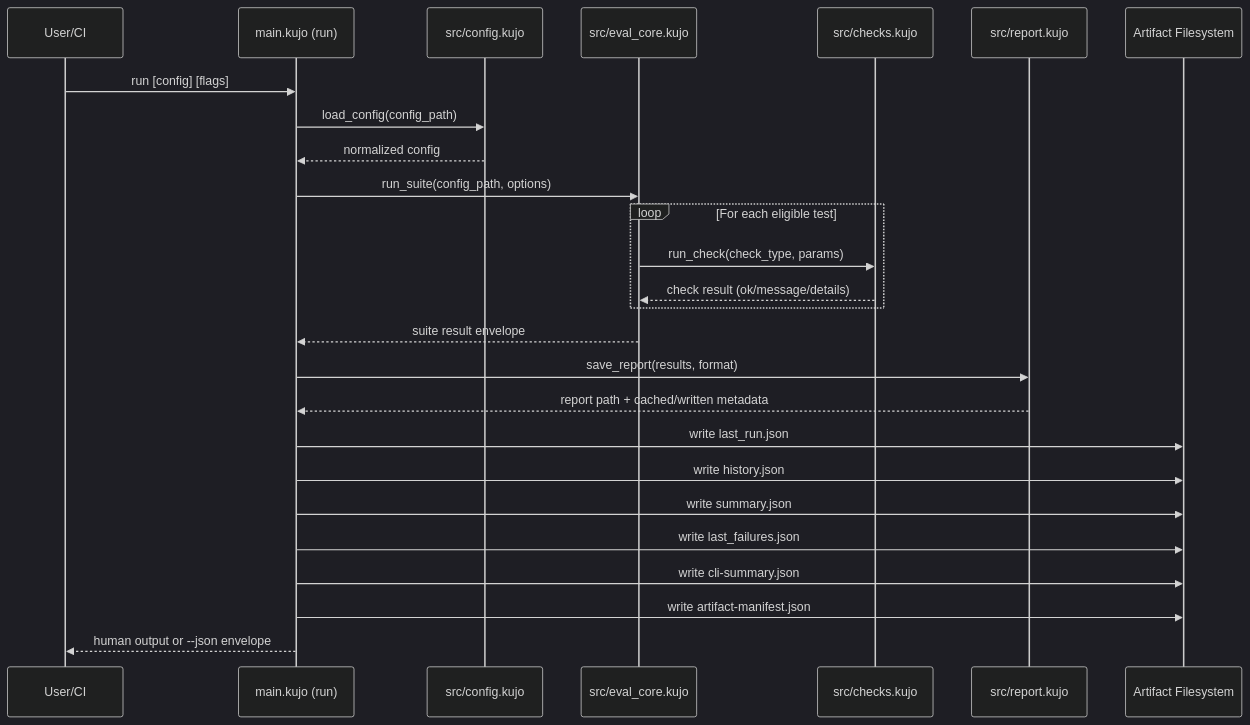
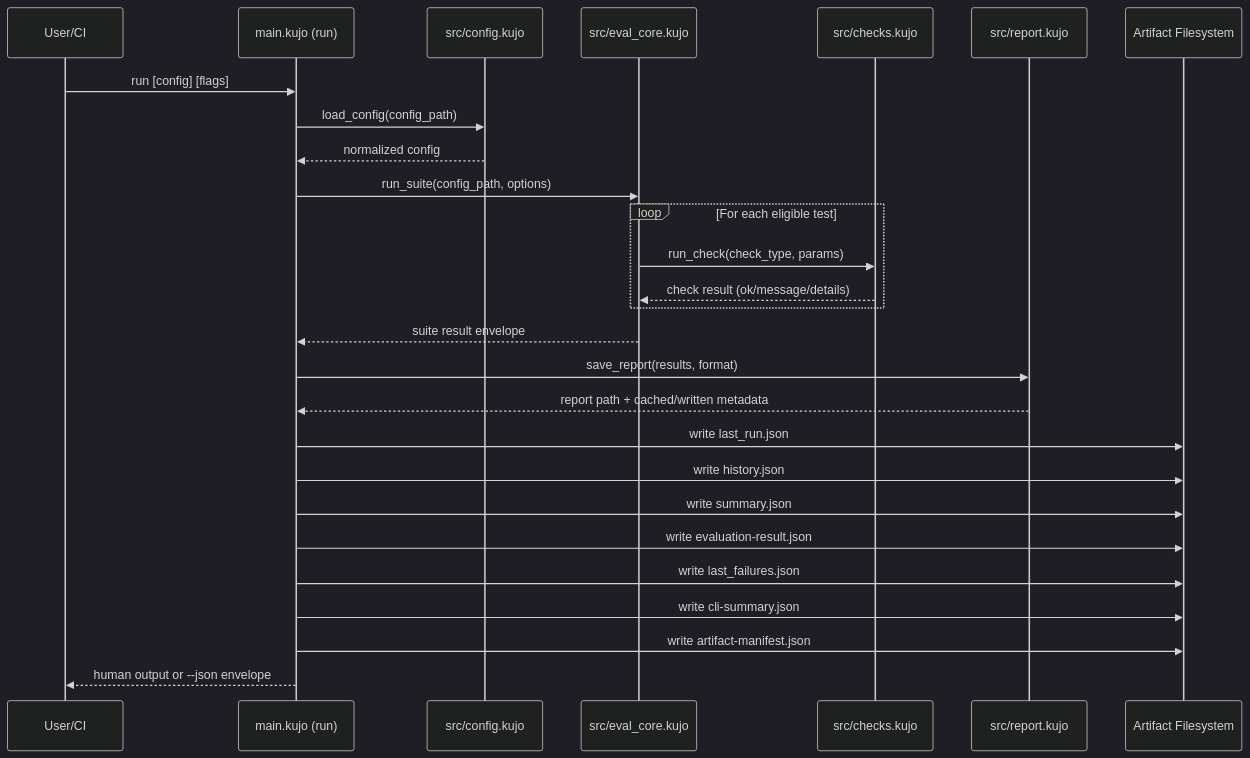
One commit to kujolang/eval changed the first of 3 diagrams in docs/ARCHITECTURE.md. Above: the diagram before and after it, drawn with Mermaid (dark theme). The commit also changed other lines of this file and 9 other files, not shown here.

````diff
--- a/docs/ARCHITECTURE.md
+++ b/docs/ARCHITECTURE.md
@@ -27,33 +27,34 @@
 ```mermaid
 sequenceDiagram
     participant User as User/CI
     participant CLI as main.kujo (run)
     participant Config as src/config.kujo
     participant Core as src/eval_core.kujo
     participant Checks as src/checks.kujo
     participant Report as src/report.kujo
     participant FS as Artifact Filesystem
 
     User->>CLI: run [config] [flags]
     CLI->>Config: load_config(config_path)
     Config-->>CLI: normalized config
     CLI->>Core: run_suite(config_path, options)
 
     loop For each eligible test
         Core->>Checks: run_check(check_type, params)
         Checks-->>Core: check result (ok/message/details)
     end
 
     Core-->>CLI: suite result envelope
     CLI->>Report: save_report(results, format)
     Report-->>CLI: report path + cached/written metadata
 
     CLI->>FS: write last_run.json
     CLI->>FS: write history.json
     CLI->>FS: write summary.json
+    CLI->>FS: write evaluation-result.json
     CLI->>FS: write last_failures.json
     CLI->>FS: write cli-summary.json
     CLI->>FS: write artifact-manifest.json
 
     CLI-->>User: human output or --json envelope
 ```
````
